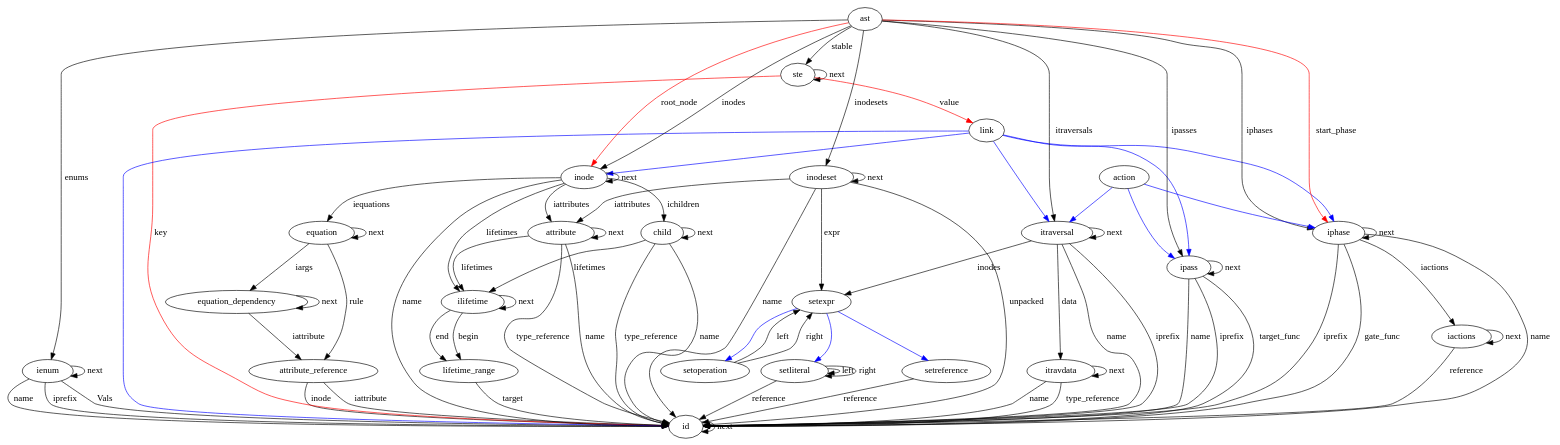
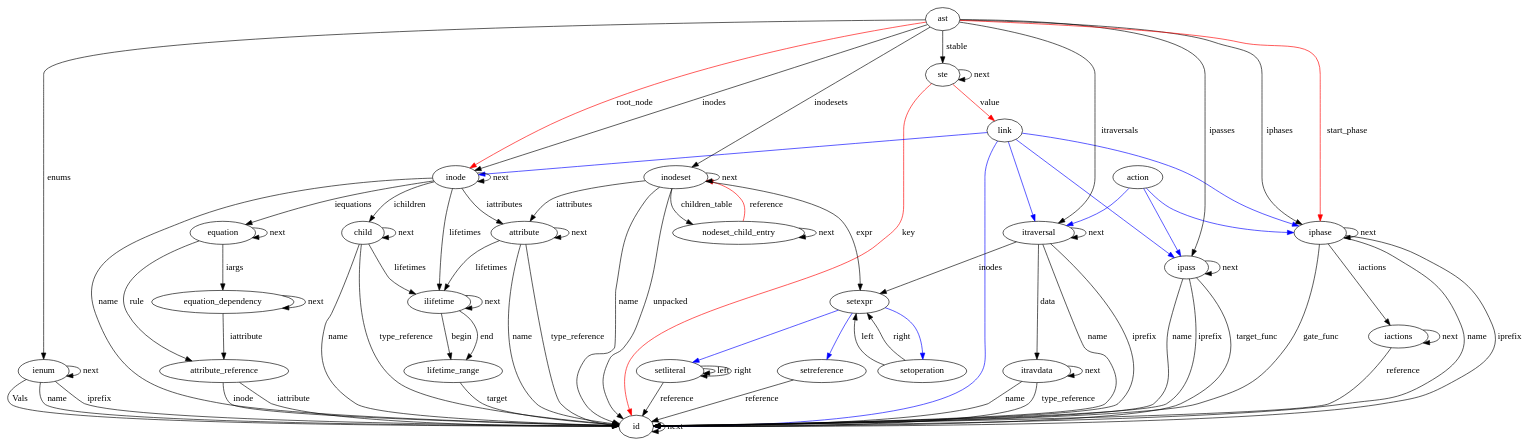
One commit to CoCoNut-UvA/coconut changed the diagram in cocogen/ccngen/ast.dot. Above: the diagram before and after it, drawn with Graphviz. The commit also changed 24 other files, not shown here.

```diff
--- a/cocogen/ccngen/ast.dot
+++ b/cocogen/ccngen/ast.dot
@@ -1,109 +1,113 @@
 digraph Ast {
 id;
 id -> id[label="next"]
 ienum;
 ienum -> id[label="Vals"]
 ienum -> id[label="name"]
 ienum -> id[label="iprefix"]
 ienum -> ienum[label="next"]
 attribute_reference;
 attribute_reference -> id[label="inode"]
 attribute_reference -> id[label="iattribute"]
 equation_dependency;
 equation_dependency -> attribute_reference[label="iattribute"]
 equation_dependency -> equation_dependency[label="next"]
 equation;
 equation -> attribute_reference[label="rule"]
 equation -> equation_dependency[label="iargs"]
 equation -> equation[label="next"]
 attribute;
 attribute -> id[label="name"]
 attribute -> id[label="type_reference"]
 attribute -> ilifetime[label="lifetimes"]
 attribute -> attribute[label="next"]
 itravdata;
 itravdata -> id[label="name"]
 itravdata -> id[label="type_reference"]
 itravdata -> itravdata[label="next"]
 setoperation;
 setoperation -> setexpr[label="left"]
 setoperation -> setexpr[label="right"]
 setliteral;
 setliteral -> id[label="reference"]
 setliteral -> setliteral[label="left"]
 setliteral -> setliteral[label="right"]
 setreference;
 setreference -> id[label="reference"]
 ste;
 ste -> ste[label="next"]
 ste -> id[color=red, label="key"]
 ste -> link[color=red, label="value"]
 child;
 child -> id[label="name"]
 child -> ilifetime[label="lifetimes"]
 child -> child[label="next"]
 child -> id[label="type_reference"]
 lifetime_range;
 lifetime_range -> id[label="target"]
 ilifetime;
 ilifetime -> lifetime_range[label="begin"]
 ilifetime -> lifetime_range[label="end"]
 ilifetime -> ilifetime[label="next"]
+nodeset_child_entry;
+nodeset_child_entry -> nodeset_child_entry[label="next"]
+nodeset_child_entry -> inodeset[color=red, label="reference"]
 inodeset;
 inodeset -> id[label="name"]
 inodeset -> setexpr[label="expr"]
 inodeset -> attribute[label="iattributes"]
 inodeset -> id[label="unpacked"]
 inodeset -> inodeset[label="next"]
+inodeset -> nodeset_child_entry[label="children_table"]
 inode;
 inode -> id[label="name"]
 inode -> inode[label="next"]
 inode -> child[label="ichildren"]
 inode -> attribute[label="iattributes"]
 inode -> equation[label="iequations"]
 inode -> ilifetime[label="lifetimes"]
 ipass;
 ipass -> id[label="name"]
 ipass -> id[label="iprefix"]
 ipass -> id[label="target_func"]
 ipass -> ipass[label="next"]
 itraversal;
 itraversal -> id[label="name"]
 itraversal -> id[label="iprefix"]
 itraversal -> setexpr[label="inodes"]
 itraversal -> itravdata[label="data"]
 itraversal -> itraversal[label="next"]
 iphase;
 iphase -> id[label="name"]
 iphase -> id[label="iprefix"]
 iphase -> id[label="gate_func"]
 iphase -> iactions[label="iactions"]
 iphase -> iphase[label="next"]
 iactions;
 iactions -> id[label="reference"]
 iactions -> iactions[label="next"]
 ast;
 ast -> iphase[label="iphases"]
 ast -> itraversal[label="itraversals"]
 ast -> ipass[label="ipasses"]
 ast -> inode[label="inodes"]
 ast -> inodeset[label="inodesets"]
 ast -> ienum[label="enums"]
 ast -> ste[label="stable"]
 ast -> inode[color=red, label="root_node"]
 ast -> iphase[color=red, label="start_phase"]
 setexpr;
 setexpr -> setoperation [color=blue]
 setexpr -> setreference [color=blue]
 setexpr -> setliteral [color=blue]
 link;
 link -> iphase [color=blue]
 link -> itraversal [color=blue]
 link -> ipass [color=blue]
 link -> inode [color=blue]
 link -> id [color=blue]
 action;
 action -> iphase [color=blue]
 action -> itraversal [color=blue]
 action -> ipass [color=blue]
 }
```
